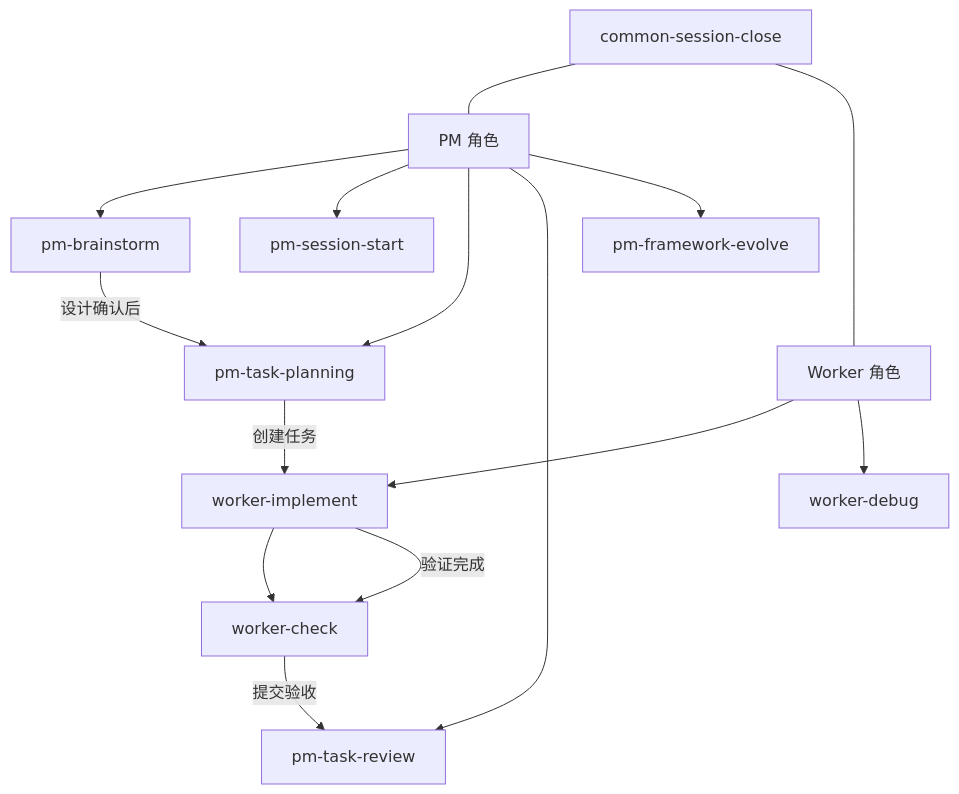
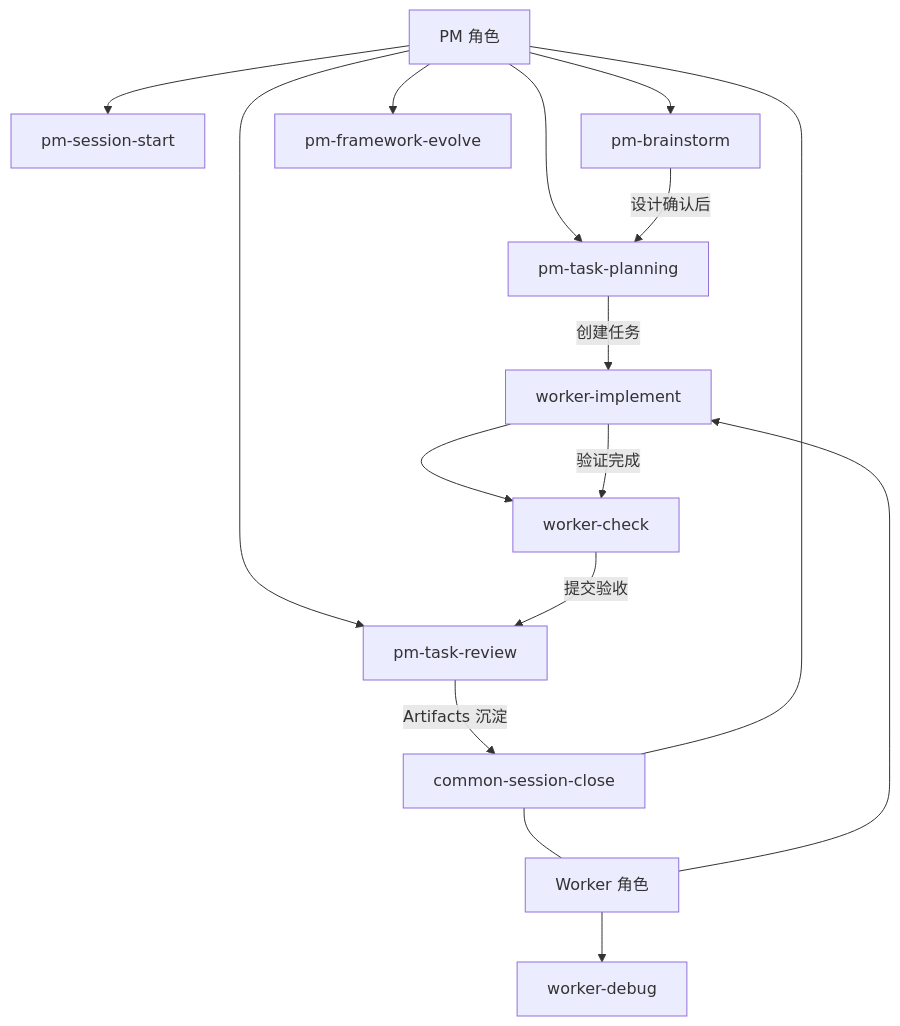
Before and after one commit to GeeSeeker/easyAI-dev: the diagram in skeleton/.agents/skills/pm-framework-evolve/references/features.md, drawn with Mermaid. The commit also changed other lines of this file and 7 other files, not shown here.

````diff
--- a/skeleton/.agents/skills/pm-framework-evolve/references/features.md
+++ b/skeleton/.agents/skills/pm-framework-evolve/references/features.md
@@ -79,20 +120,21 @@
 ```mermaid
 graph TD
-    PM[PM 角色] --> BS[pm-brainstorm]
-    PM --> SS[pm-session-start]
+    PM[PM 角色] --> SS[pm-session-start]
+    PM --> BS[pm-brainstorm]
     PM --> TP[pm-task-planning]
     PM --> TR[pm-task-review]
     PM --> FE[pm-framework-evolve]
 
     W[Worker 角色] --> WI[worker-implement]
     WI --> WC[worker-check]
     W --> WD[worker-debug]
 
     BS -->|设计确认后| TP
     TP -->|创建任务| WI
     WI -->|验证完成| WC
     WC -->|提交验收| TR
+    TR -->|Artifacts 沉淀| SC[common-session-close]
 
-    SC[common-session-close] --- PM
+    SC --- PM
     SC --- W
 ```
````
